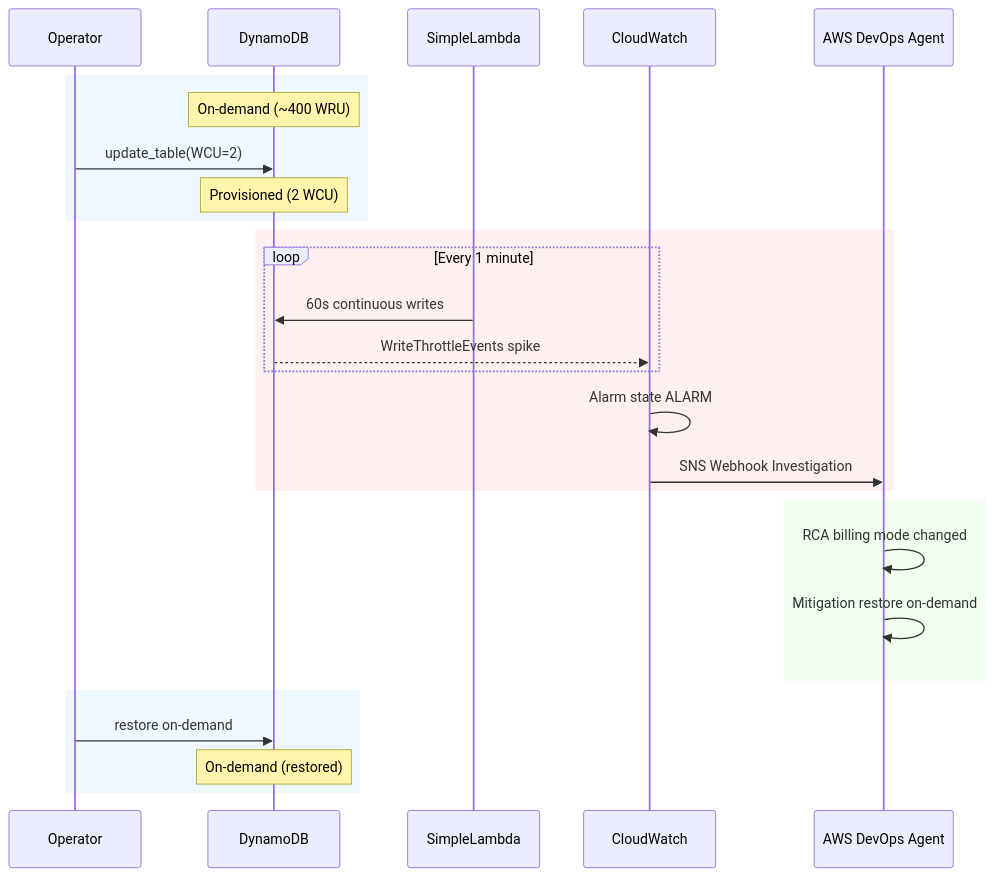
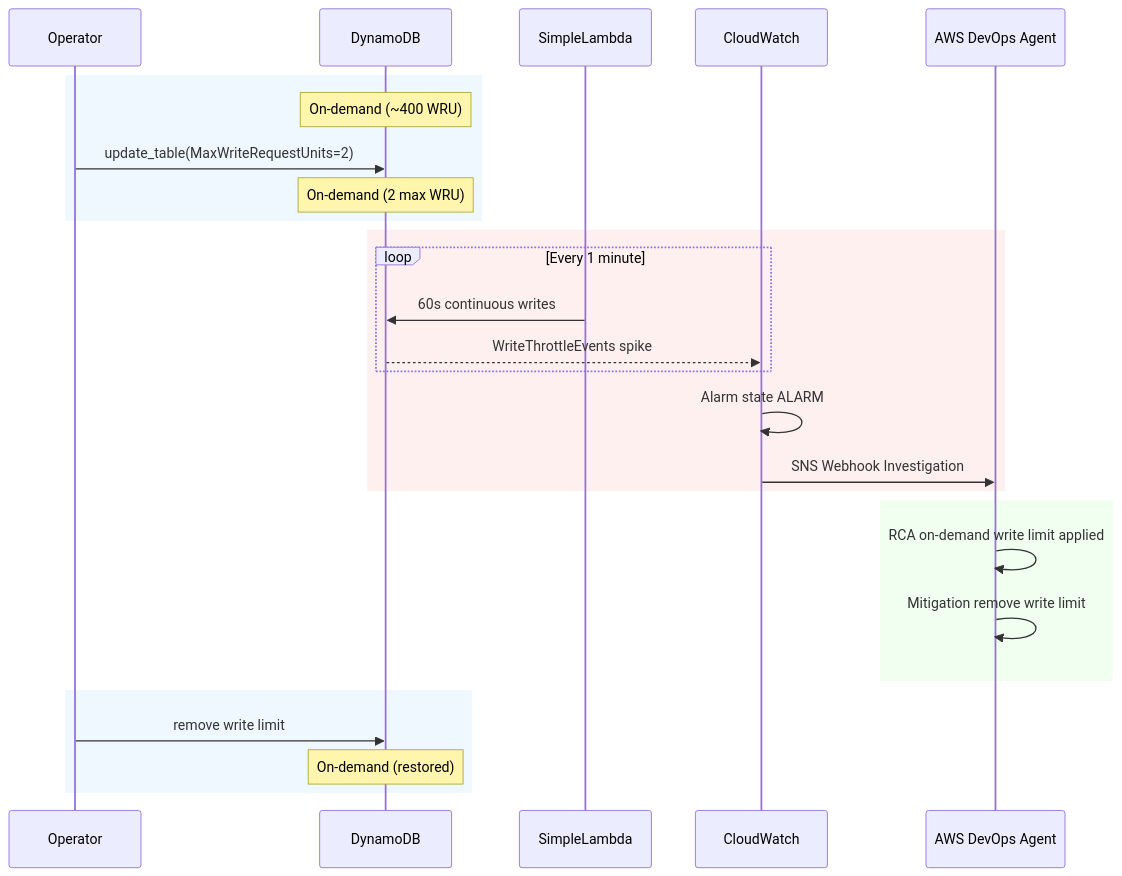
The fourth of 4 diagrams in docs/infrastructure.md (pypycodes/aws-devops-agent-servicenow), drawn with Mermaid before and after one commit. The commit also changed other lines of this file and 13 other files, not shown here.

````diff
--- a/docs/infrastructure.md
+++ b/docs/infrastructure.md
@@ -77,34 +77,34 @@
 ```mermaid
 sequenceDiagram
     participant Op as Operator
     participant DDB as DynamoDB
     participant Lambda as SimpleLambda
     participant CW as CloudWatch
     participant DA as AWS DevOps Agent
 
     rect rgb(240, 248, 255)
     Note over DDB: On-demand (~400 WRU)
-    Op->>DDB: update_table(WCU=2)
-    Note over DDB: Provisioned (2 WCU)
+    Op->>DDB: update_table(MaxWriteRequestUnits=2)
+    Note over DDB: On-demand (2 max WRU)
     end
 
     rect rgb(255, 240, 240)
     loop Every 1 minute
         Lambda->>DDB: 60s continuous writes
         DDB-->>CW: WriteThrottleEvents spike
     end
 
     CW->>CW: Alarm state ALARM
     CW->>DA: SNS Webhook Investigation
     end
 
     rect rgb(240, 255, 240)
-    DA->>DA: RCA billing mode changed
-    DA->>DA: Mitigation restore on-demand
+    DA->>DA: RCA on-demand write limit applied
+    DA->>DA: Mitigation remove write limit
     end
 
     rect rgb(240, 248, 255)
-    Op->>DDB: restore on-demand
+    Op->>DDB: remove write limit
     Note over DDB: On-demand (restored)
     end
 ```
````
